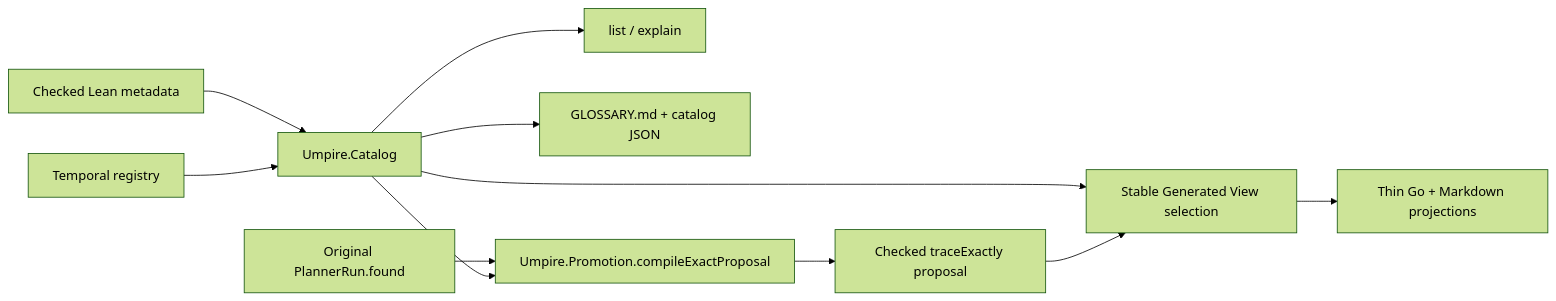
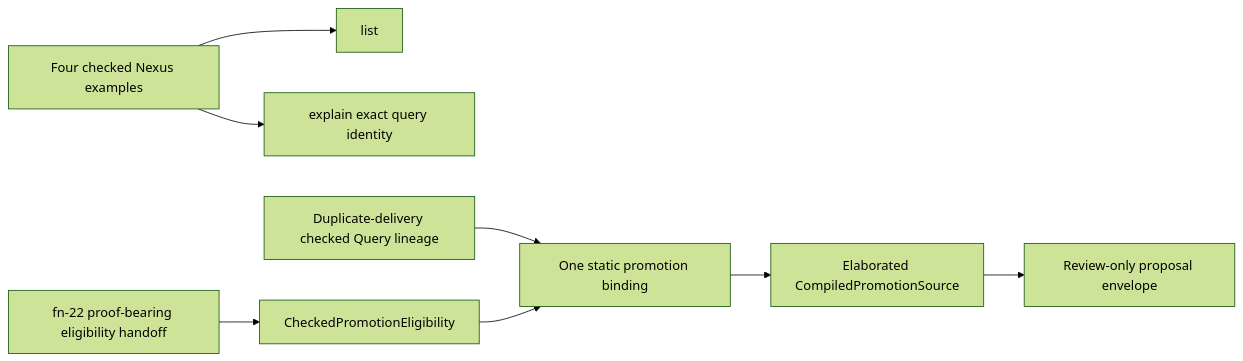
The diagram in .flow/specs/fn-5-umpire-discovery-promotion-and-artifact.md (stephanos/temporal), drawn with Mermaid (forest theme) before and after one commit. The commit also changed other lines of this file and 15 other files, not shown here.

First line of the commit message:
docs(flow): reduce fn5 to retained discovery and promotion

````diff
--- a/.flow/specs/fn-5-umpire-discovery-promotion-and-artifact.md
+++ b/.flow/specs/fn-5-umpire-discovery-promotion-and-artifact.md
@@ -25,13 +66,10 @@
 ```mermaid
 flowchart LR
-  M[Checked Lean metadata] --> C[Umpire.Catalog]
-  T[Temporal registry] --> C
-  C --> Q[list / explain]
-  C --> G[GLOSSARY.md + catalog JSON]
-  W[Original PlannerRun.found] --> P[Umpire.Promotion.compileExactProposal]
-  C --> P
-  P --> X[Checked traceExactly proposal]
-  C --> R[Stable Generated View selection]
-  X --> R
-  R --> O[Thin Go + Markdown projections]
+  N[Four checked Nexus examples] --> L[list]
+  N --> E[explain exact query identity]
+  D[Duplicate-delivery checked Query lineage] --> B[One static promotion binding]
+  B --> C[Elaborated CompiledPromotionSource]
+  C --> P[Review-only proposal envelope]
+  F[fn-22 proof-bearing eligibility handoff] --> H[CheckedPromotionEligibility]
+  H --> B
 ```
````
